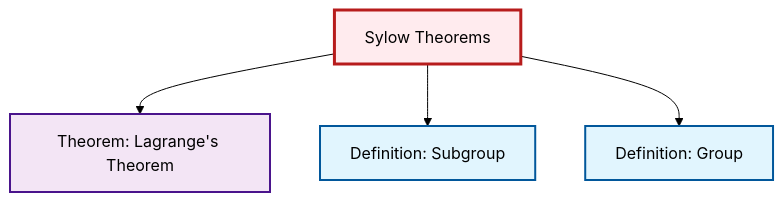
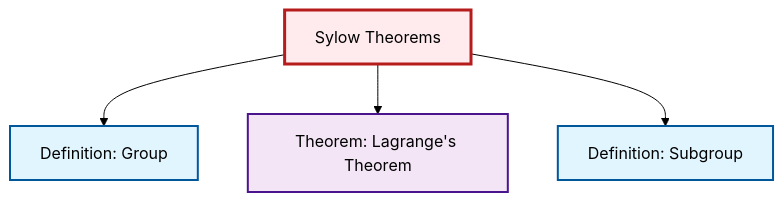
The diagram in content/en/algebra/thm-sylow.qmd (RK0429/ModernMath), drawn with Mermaid (forest theme) before and after one commit. The commit also changed other lines of this file and 554 other files, not shown here.

````diff
--- a/content/en/algebra/thm-sylow.qmd
+++ b/content/en/algebra/thm-sylow.qmd
@@ -83,20 +83,20 @@
 ```{mermaid}
 %%| fig-cap: "Local dependency graph"
 graph TD
     classDef definition fill:#e1f5fe,stroke:#01579b,stroke-width:2px
     classDef theorem fill:#f3e5f5,stroke:#4a148c,stroke-width:2px
     classDef axiom fill:#fff3e0,stroke:#e65100,stroke-width:2px
     classDef example fill:#e8f5e9,stroke:#1b5e20,stroke-width:2px
     classDef current fill:#ffebee,stroke:#b71c1c,stroke-width:3px
-    thm-lagrange["Theorem: Lagrange's Theorem"]:::theorem
+    def-group["Definition: Group"]:::definition
     def-subgroup["Definition: Subgroup"]:::definition
     thm-sylow["Sylow Theorems"]:::theorem
-    def-group["Definition: Group"]:::definition
+    thm-lagrange["Theorem: Lagrange's Theorem"]:::theorem
+    thm-sylow --> def-group
     thm-sylow --> thm-lagrange
     thm-sylow --> def-subgroup
-    thm-sylow --> def-group
     class thm-sylow current
+    click def-group "def-group.html" "Go to Group definition"
+    click def-subgroup "def-subgroup.html" "Go to Subgroup definition"
     click thm-lagrange "thm-lagrange.html" "Go to Lagrange's Theorem theorem"
-    click def-subgroup "def-subgroup.html" "Go to Subgroup definition"
-    click def-group "def-group.html" "Go to Group definition"
 ```
````
